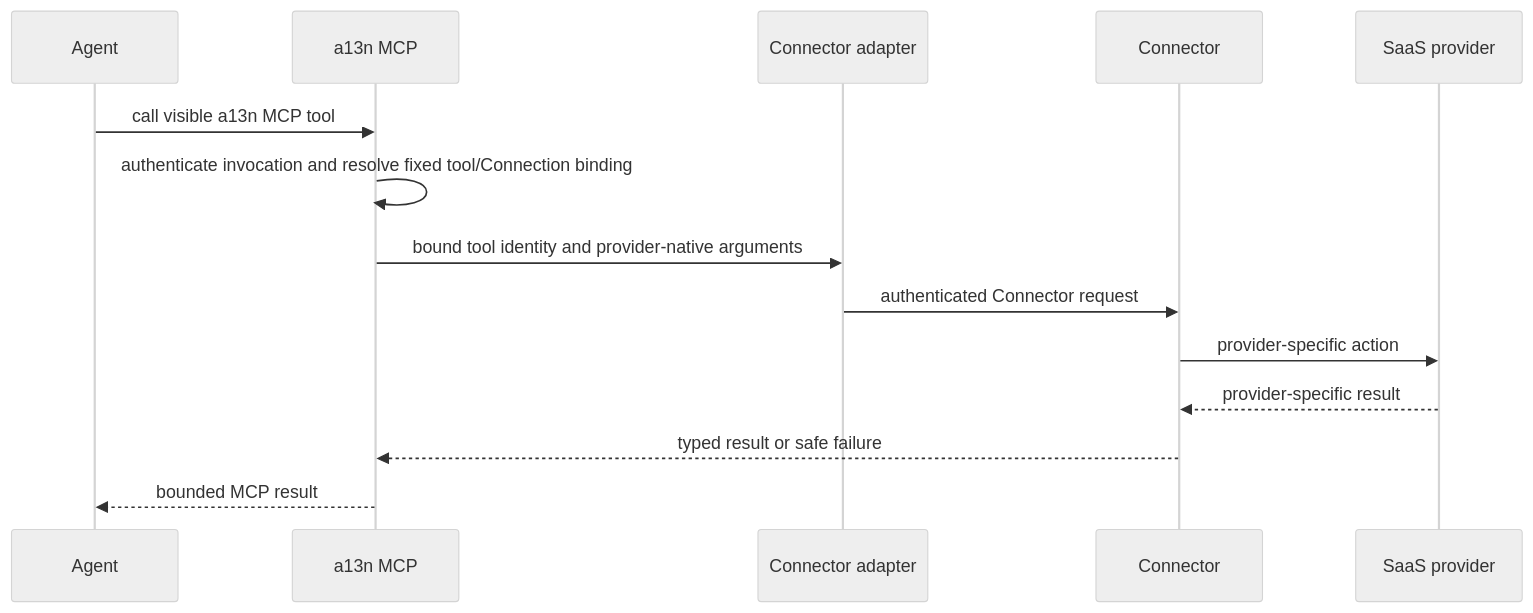
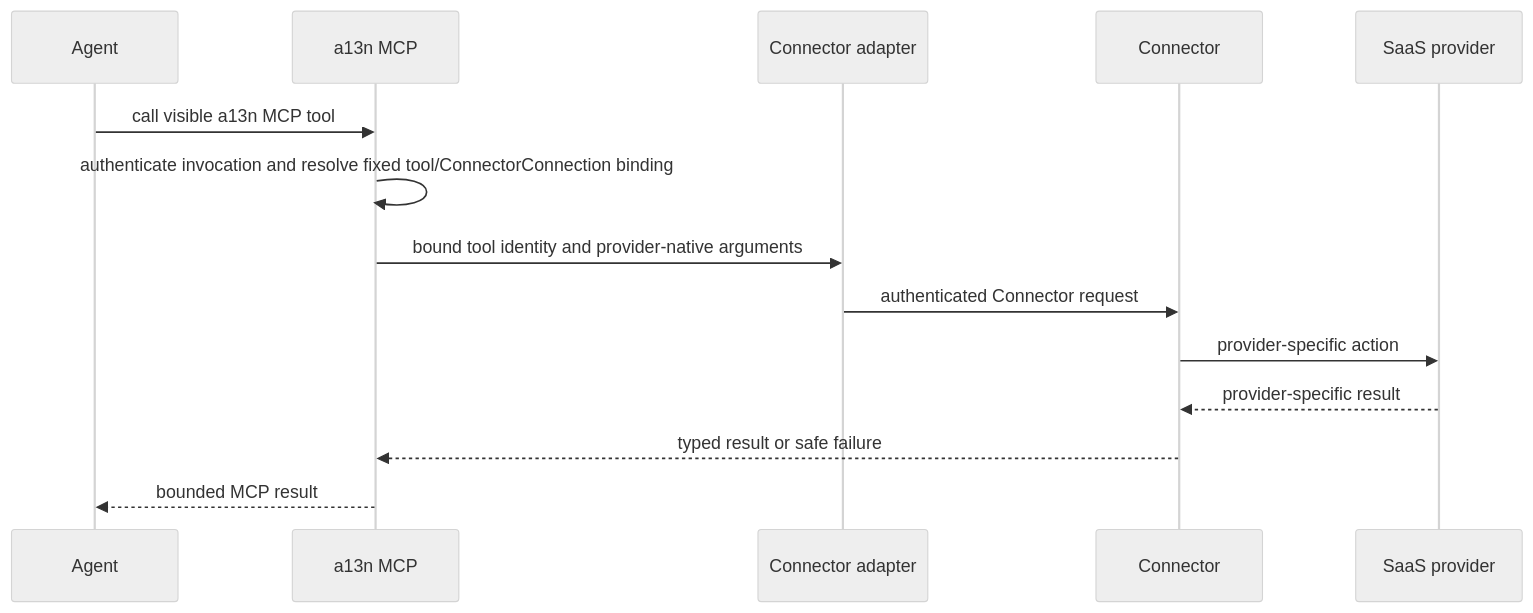
Before and after one commit to LTThreeComma/agent-foundation: the diagram in spec/foundation-service/40-connectivity/03-connectors-and-connections.md, drawn with Mermaid (neutral theme). The commit also changed other lines of this file and 20 other files, not shown here.

First line of the commit message:
refactor(connectivity): clarify connector connection identity (#112)

````diff
--- a/spec/foundation-service/40-connectivity/03-connectors-and-connections.md
+++ b/spec/foundation-service/40-connectivity/03-connectors-and-connections.md
@@ -121,17 +121,17 @@
 ```mermaid
 sequenceDiagram
     participant Agent
     participant MCP as a13n MCP
     participant Adapter as Connector adapter
     participant Connector
     participant Provider as SaaS provider
 
     Agent->>MCP: call visible a13n MCP tool
-    MCP->>MCP: authenticate invocation and resolve fixed tool/Connection binding
+    MCP->>MCP: authenticate invocation and resolve fixed tool/ConnectorConnection binding
     MCP->>Adapter: bound tool identity and provider-native arguments
     Adapter->>Connector: authenticated Connector request
     Connector->>Provider: provider-specific action
     Provider-->>Connector: provider-specific result
     Connector-->>MCP: typed result or safe failure
     MCP-->>Agent: bounded MCP result
 ```
````
